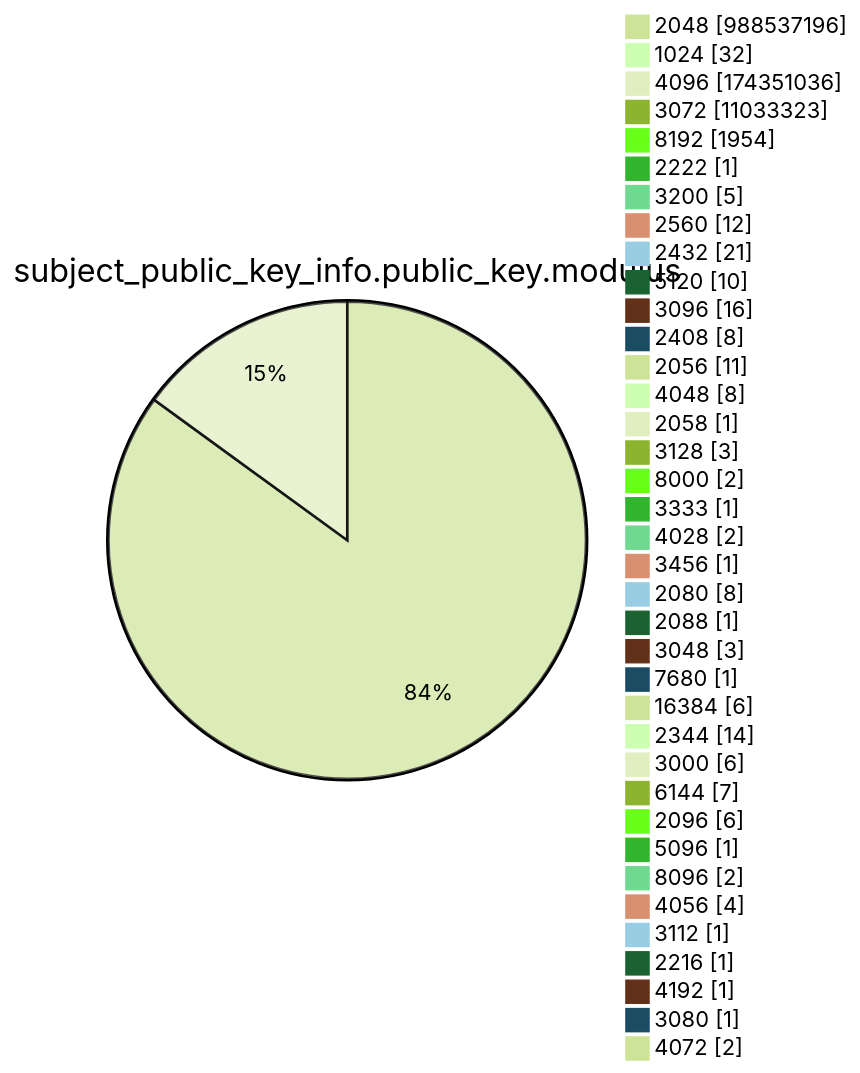
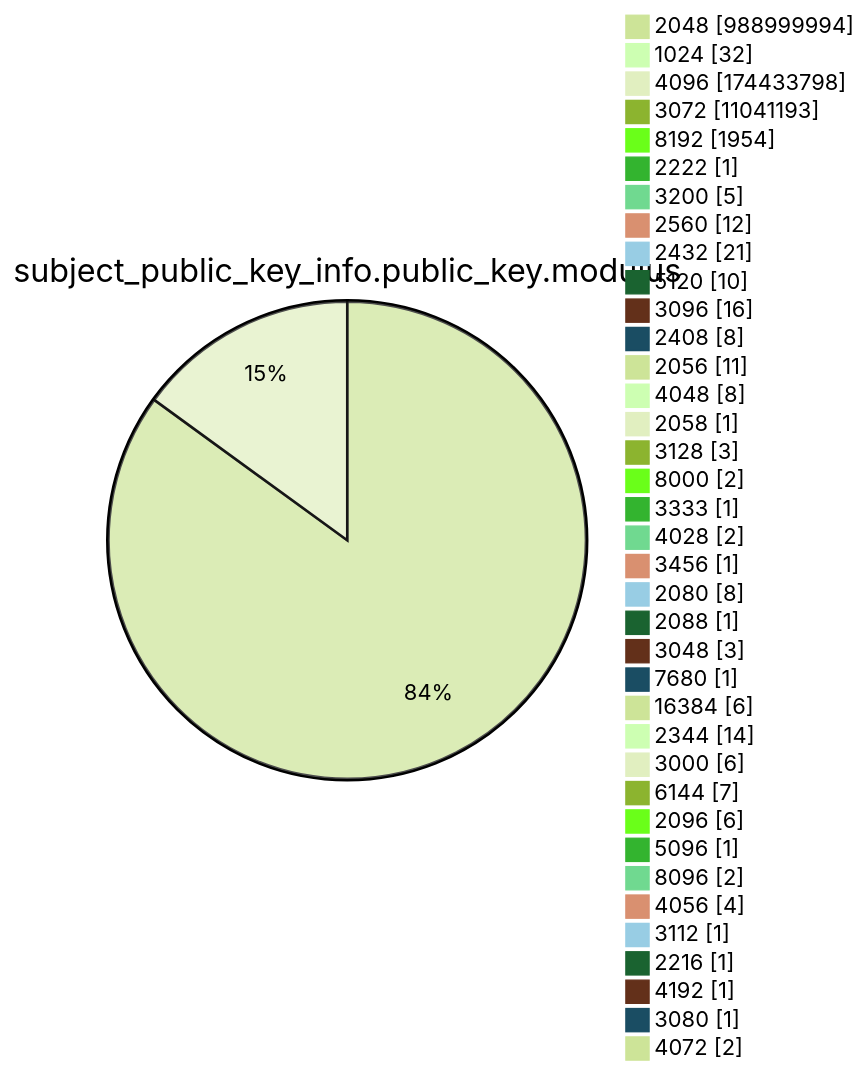
Diagram 13 of 15 in argon2022/README.md (christiankrug/ctmonitor_visualization), drawn with Mermaid (forest theme) before and after one commit. The commit also changed other lines of this file, not shown here.

````diff
--- a/argon2022/README.md
+++ b/argon2022/README.md
@@ -3587,41 +3587,41 @@
 ```mermaid
 pie showData
 title subject_public_key_info.public_key.modulus
-"2048" :988537196
+"2048" :988999994
 "1024" :32
-"4096" :174351036
-"3072" :11033323
+"4096" :174433798
+"3072" :11041193
 "8192" :1954
 "2222" :1
 "3200" :5
 "2560" :12
 "2432" :21
 "5120" :10
 "3096" :16
 "2408" :8
 "2056" :11
 "4048" :8
 "2058" :1
 "3128" :3
 "8000" :2
 "3333" :1
 "4028" :2
 "3456" :1
 "2080" :8
 "2088" :1
 "3048" :3
 "7680" :1
 "16384" :6
 "2344" :14
 "3000" :6
 "6144" :7
 "2096" :6
 "5096" :1
 "8096" :2
 "4056" :4
 "3112" :1
 "2216" :1
 "4192" :1
 "3080" :1
 "4072" :2
 ```
````
